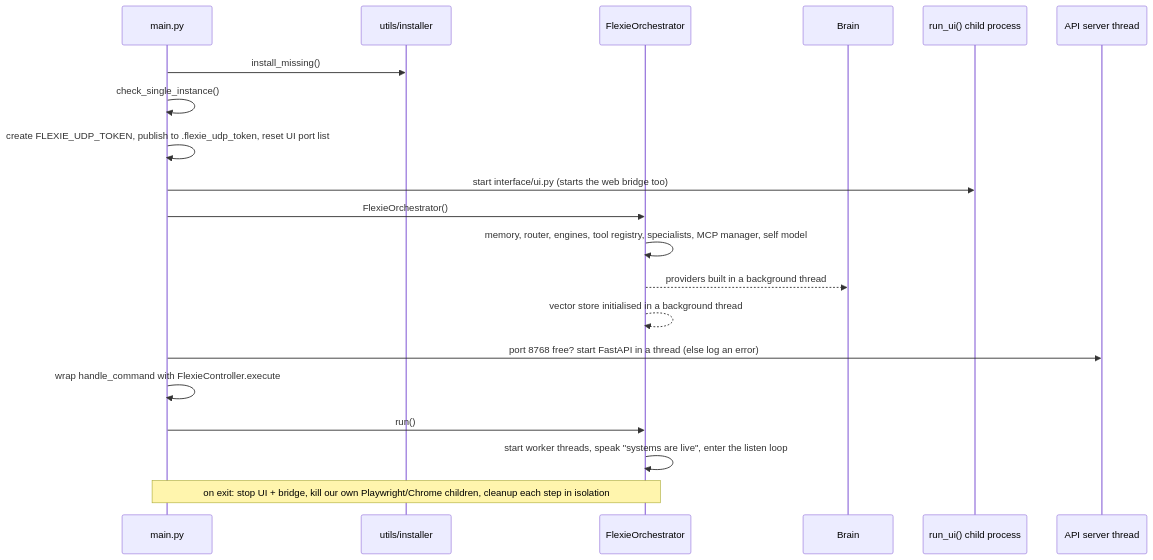
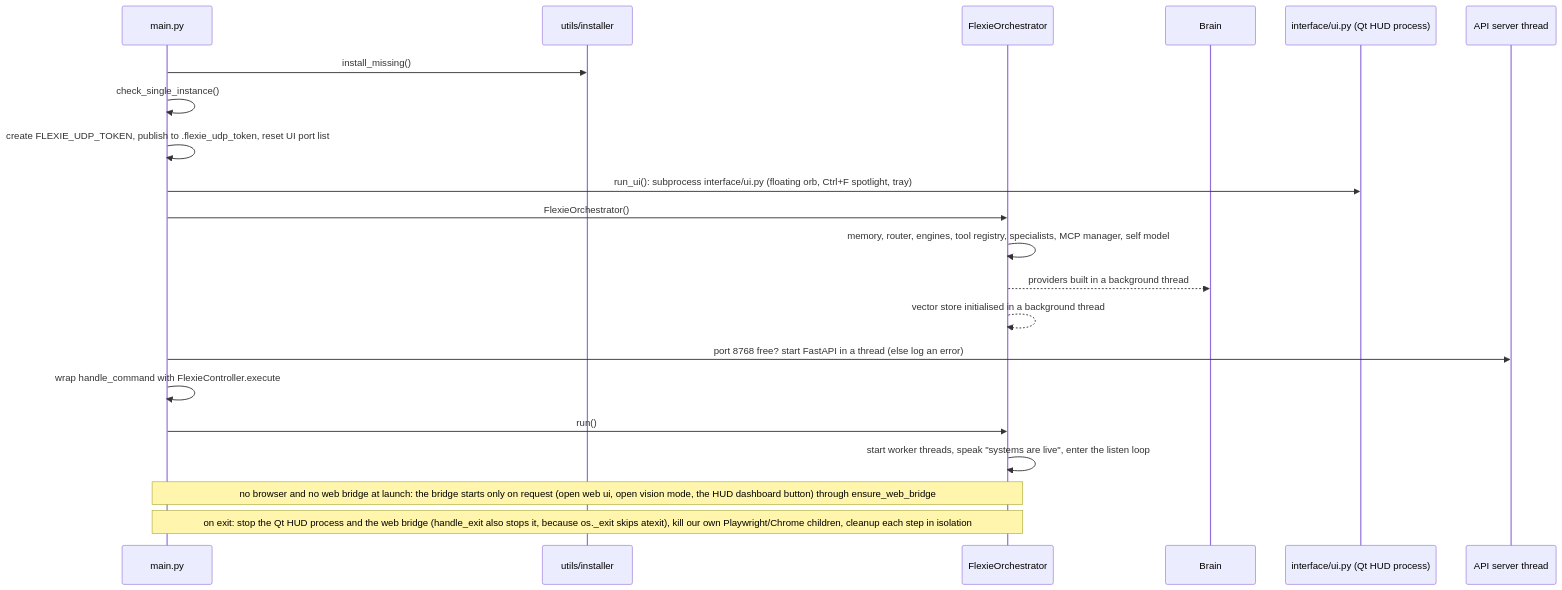
One commit to DhanushN2005/Agentic-AI-Desktop-Assistant- changed the third of 21 diagrams in tools/architecture_flows.md. Above: the diagram before and after it, drawn with Mermaid. The commit also changed other lines of this file and 61 other files, not shown here.

First line of the commit message:
Add comprehensive tests for launcher and web dashboard functionality

````diff
--- a/tools/architecture_flows.md
+++ b/tools/architecture_flows.md
@@ -79,23 +78,24 @@
 ```mermaid
 sequenceDiagram
     participant M as main.py
     participant I as utils/installer
     participant O as FlexieOrchestrator
     participant B as Brain
-    participant UI as run_ui() child process
+    participant UI as interface/ui.py (Qt HUD process)
     participant A as API server thread
 
     M->>I: install_missing()
     M->>M: check_single_instance()
     M->>M: create FLEXIE_UDP_TOKEN, publish to .flexie_udp_token, reset UI port list
-    M->>UI: start interface/ui.py (starts the web bridge too)
+    M->>UI: run_ui(): subprocess interface/ui.py (floating orb, Ctrl+F spotlight, tray)
     M->>O: FlexieOrchestrator()
     O->>O: memory, router, engines, tool registry, specialists, MCP manager, self model
     O-->>B: providers built in a background thread
     O-->>O: vector store initialised in a background thread
     M->>A: port 8768 free? start FastAPI in a thread (else log an error)
     M->>M: wrap handle_command with FlexieController.execute
     M->>O: run()
     O->>O: start worker threads, speak "systems are live", enter the listen loop
-    Note over M,O: on exit: stop UI + bridge, kill our own Playwright/Chrome children, cleanup each step in isolation
+    Note over M,O: no browser and no web bridge at launch: the bridge starts only on request (open web ui, open vision mode, the HUD dashboard button) through ensure_web_bridge
+    Note over M,O: on exit: stop the Qt HUD process and the web bridge (handle_exit also stops it, because os._exit skips atexit), kill our own Playwright/Chrome children, cleanup each step in isolation
 ```
````
